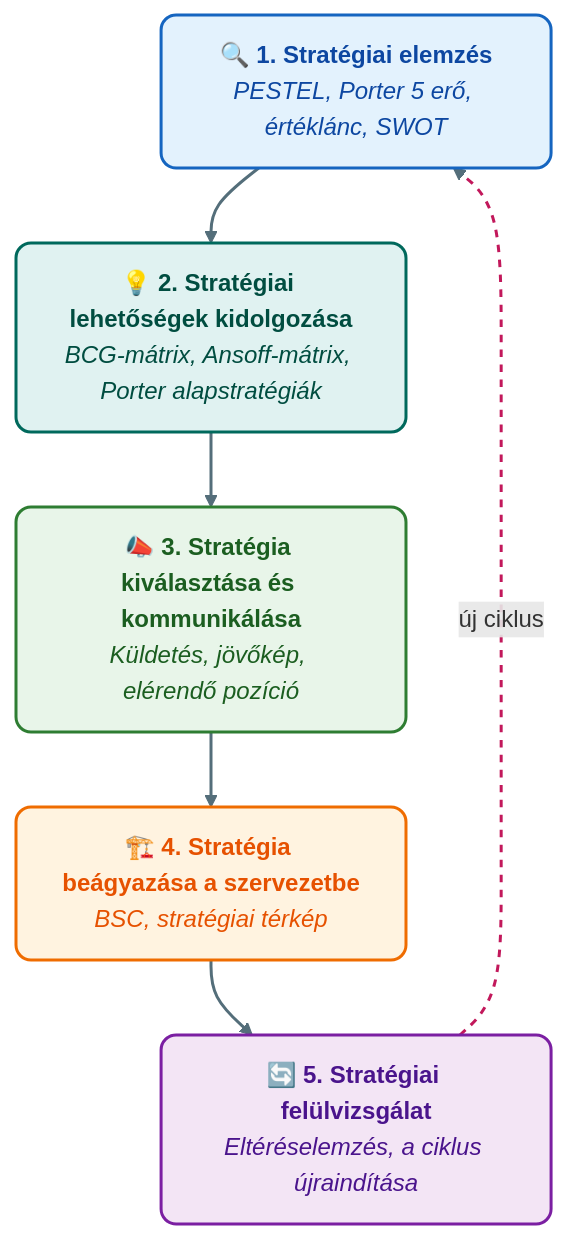
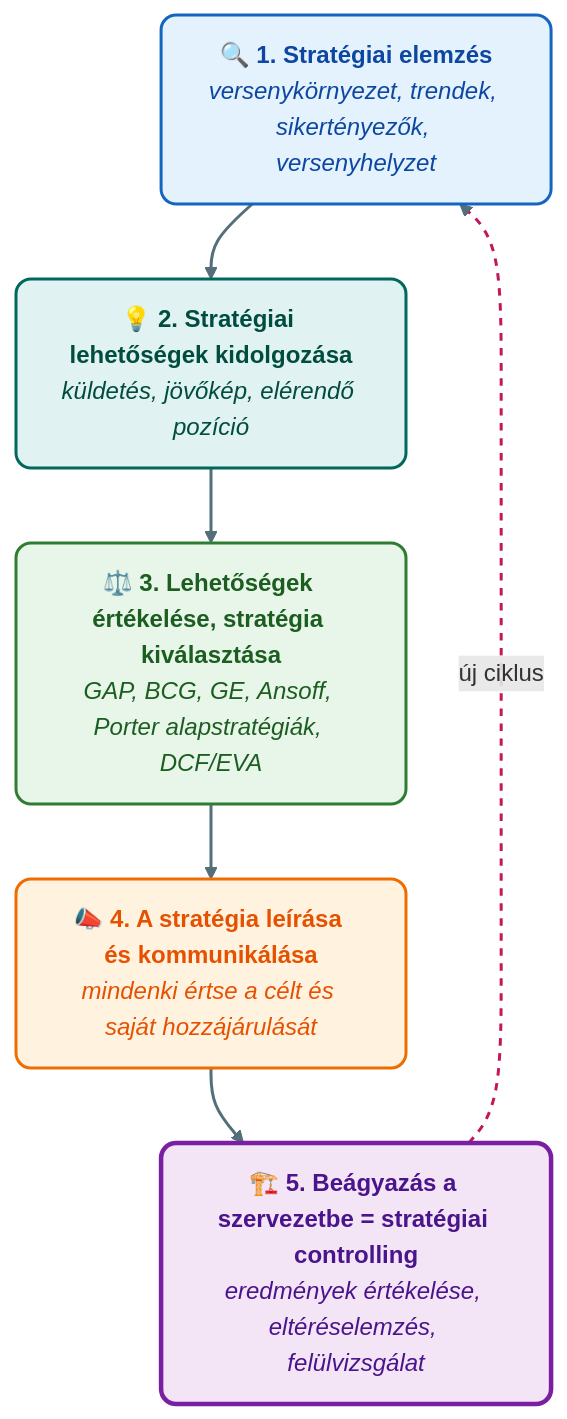
Before and after one commit to denespocsik/MM_BSC_Zarovizsga: the first of 2 diagrams in Tételek/K18-GIXVS2MBLF-Stratégiai és operatív controlling.tétel.md, drawn with Mermaid. The commit also changed other lines of this file, not shown here.

````diff
--- a/Tételek/K18-GIXVS2MBLF-Stratégiai és operatív controlling.tétel.md
+++ b/Tételek/K18-GIXVS2MBLF-Stratégiai és operatív controlling.tétel.md
@@ -11,19 +27,19 @@
 ```mermaid
 flowchart TD
-    A["🔍 <b>1. Stratégiai elemzés</b><br/><i>PESTEL, Porter 5 erő, értéklánc, SWOT</i>"]:::kek
-    B["💡 <b>2. Stratégiai lehetőségek kidolgozása</b><br/><i>BCG-mátrix, Ansoff-mátrix, Porter alapstratégiák</i>"]:::turkiz
-    C["📣 <b>3. Stratégia kiválasztása és kommunikálása</b><br/><i>Küldetés, jövőkép, elérendő pozíció</i>"]:::zold
-    D["🏗️ <b>4. Stratégia beágyazása a szervezetbe</b><br/><i>BSC, stratégiai térkép</i>"]:::narancs
-    E["🔄 <b>5. Stratégiai felülvizsgálat</b><br/><i>Eltéréselemzés, a ciklus újraindítása</i>"]:::lila
+    A["🔍 <b>1. Stratégiai elemzés</b><br/><i>versenykörnyezet, trendek, sikertényezők, versenyhelyzet</i>"]:::kek
+    B["💡 <b>2. Stratégiai lehetőségek kidolgozása</b><br/><i>küldetés, jövőkép, elérendő pozíció</i>"]:::turkiz
+    C["⚖️ <b>3. Lehetőségek értékelése, stratégia kiválasztása</b><br/><i>GAP, BCG, GE, Ansoff, Porter alapstratégiák, DCF/EVA</i>"]:::zold
+    D["📣 <b>4. A stratégia leírása és kommunikálása</b><br/><i>mindenki értse a célt és saját hozzájárulását</i>"]:::narancs
+    E["🏗️ <b>5. Beágyazás a szervezetbe = stratégiai controlling</b><br/><i>eredmények értékelése, eltéréselemzés, felülvizsgálat</i>"]:::lilaH
 
     A --> B --> C --> D --> E -->|"új ciklus"| A
 
     classDef kek     fill:#e3f2fd,stroke:#1565c0,stroke-width:2px,color:#0d47a1,rx:10,ry:10;
     classDef zold    fill:#e8f5e9,stroke:#2e7d32,stroke-width:2px,color:#1b5e20,rx:10,ry:10;
     classDef narancs fill:#fff3e0,stroke:#ef6c00,stroke-width:2px,color:#e65100,rx:10,ry:10;
-    classDef lila    fill:#f3e5f5,stroke:#7b1fa2,stroke-width:2px,color:#4a148c,rx:10,ry:10;
     classDef turkiz  fill:#e0f2f1,stroke:#00695c,stroke-width:2px,color:#004d40,rx:10,ry:10;
+    classDef lilaH   fill:#f3e5f5,stroke:#7b1fa2,stroke-width:3px,color:#4a148c,rx:10,ry:10;
 
     linkStyle default stroke:#546e7a,stroke-width:2px;
     linkStyle 4 stroke:#c2185b,stroke-width:2px,stroke-dasharray: 5 5;
 ```
````
